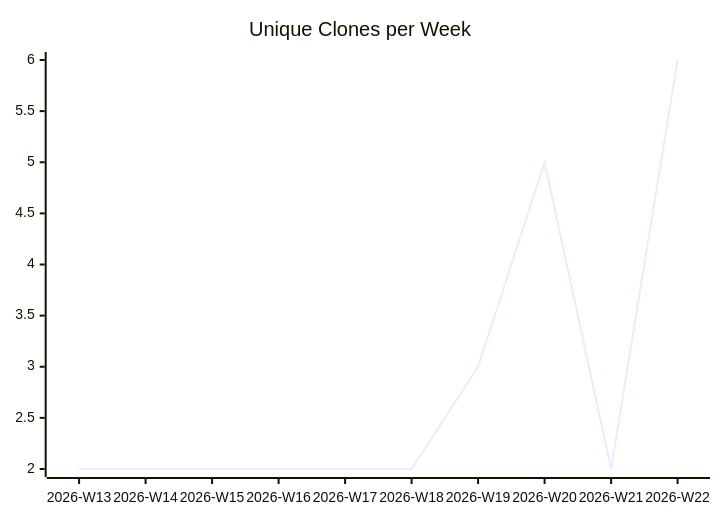
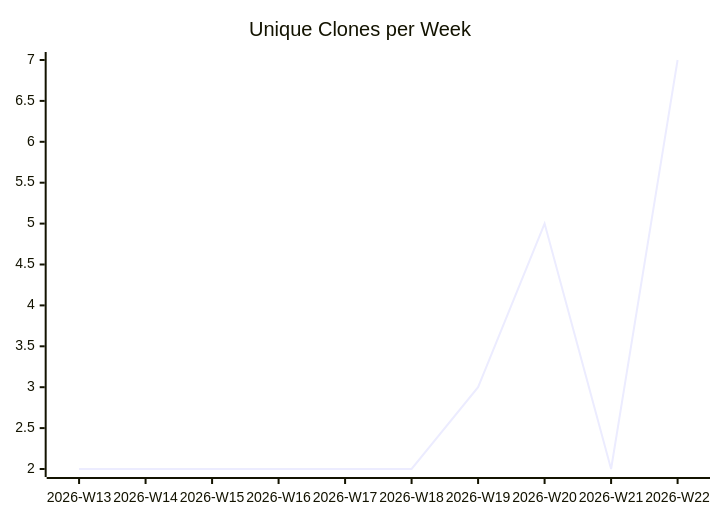
The third of 3 diagrams in karlmdavis/rps-tourney/README.md (justdavis-family/github-analytics-data), drawn with Mermaid before and after one commit. The commit also changed other lines of this file and 189 other files, not shown here.

````diff
--- a/karlmdavis/rps-tourney/README.md
+++ b/karlmdavis/rps-tourney/README.md
@@ -19,6 +19,6 @@
 ```mermaid
 xychart-beta
   title "Unique Clones per Week"
   x-axis ["2026-W13", "2026-W14", "2026-W15", "2026-W16", "2026-W17", "2026-W18", "2026-W19", "2026-W20", "2026-W21", "2026-W22"]
-  line [2, 2, 2, 2, 2, 2, 3, 5, 2, 6]
+  line [2, 2, 2, 2, 2, 2, 3, 5, 2, 7]
 ```
````
